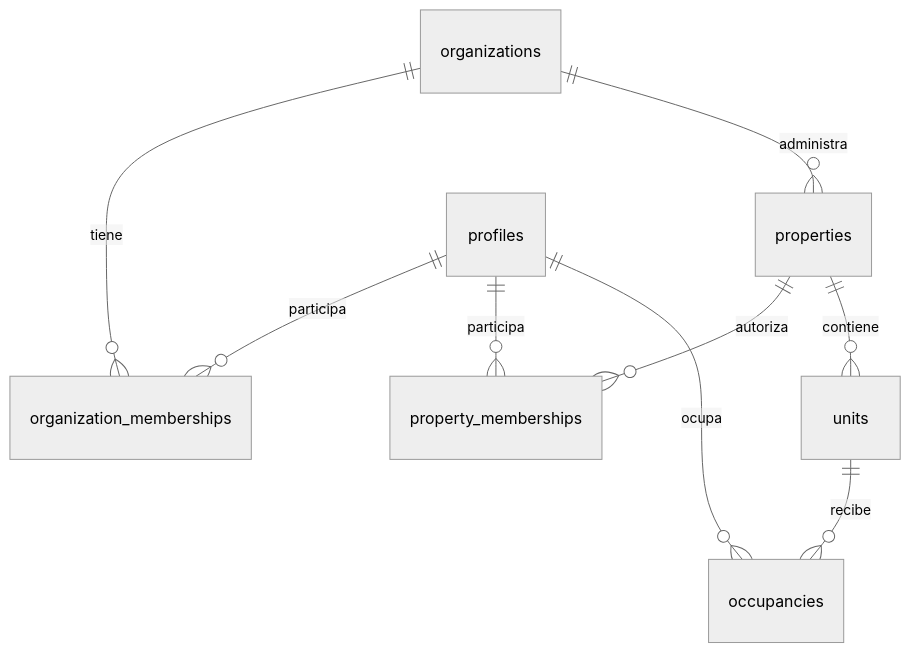
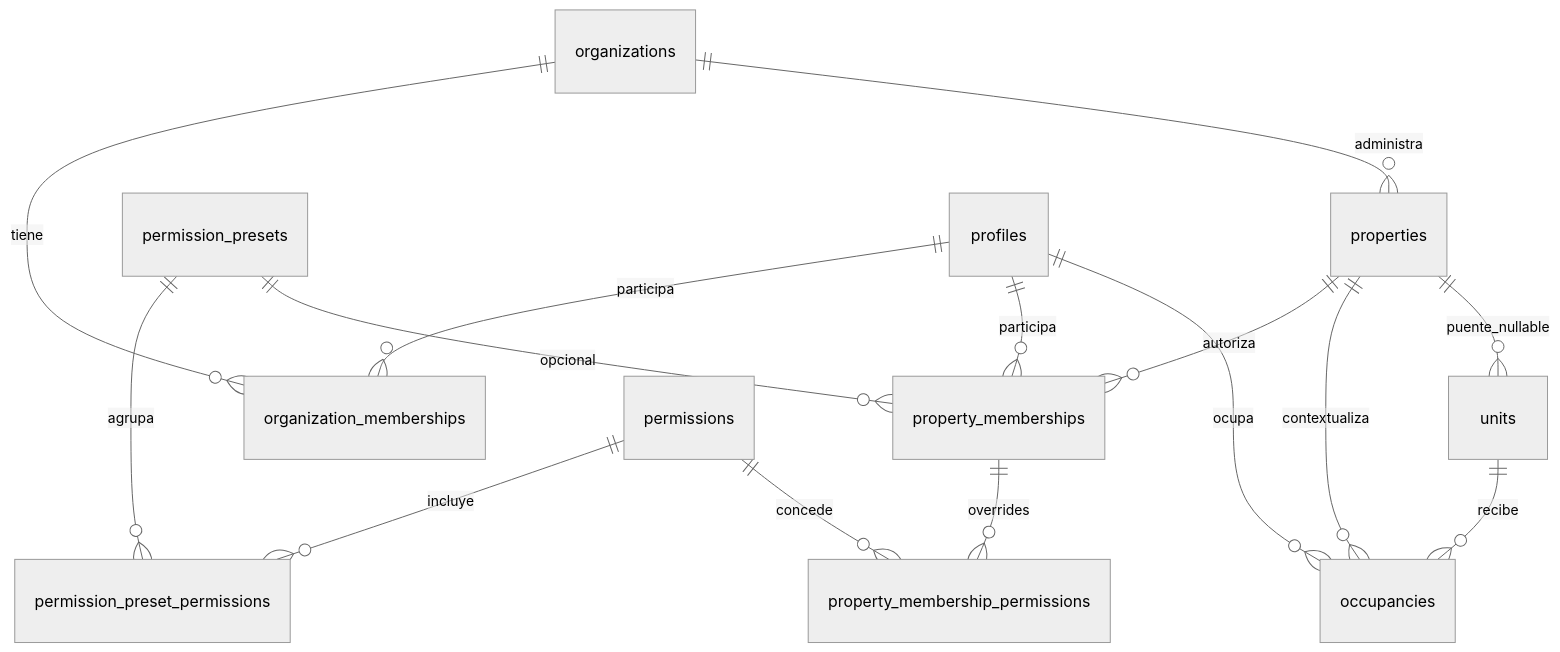
One commit to miguelgutierrezi/comunexa-app-v1 changed the first of 2 diagrams in docs/database/er-diagram.md. Above: the diagram before and after it, drawn with Mermaid (neutral theme). The commit also changed other lines of this file and 16 other files, not shown here.

````diff
--- a/docs/database/er-diagram.md
+++ b/docs/database/er-diagram.md
@@ -9,11 +9,17 @@
 ```mermaid
 erDiagram
   organizations ||--o{ organization_memberships : tiene
   organizations ||--o{ properties : administra
   properties ||--o{ property_memberships : autoriza
-  properties ||--o{ units : contiene
+  properties ||--o{ occupancies : contextualiza
+  permission_presets ||--o{ permission_preset_permissions : agrupa
+  permissions ||--o{ permission_preset_permissions : incluye
+  permission_presets ||--o{ property_memberships : opcional
+  property_memberships ||--o{ property_membership_permissions : overrides
+  permissions ||--o{ property_membership_permissions : concede
   profiles ||--o{ organization_memberships : participa
   profiles ||--o{ property_memberships : participa
   profiles ||--o{ occupancies : ocupa
   units ||--o{ occupancies : recibe
+  properties ||--o{ units : puente_nullable
 ```
````
